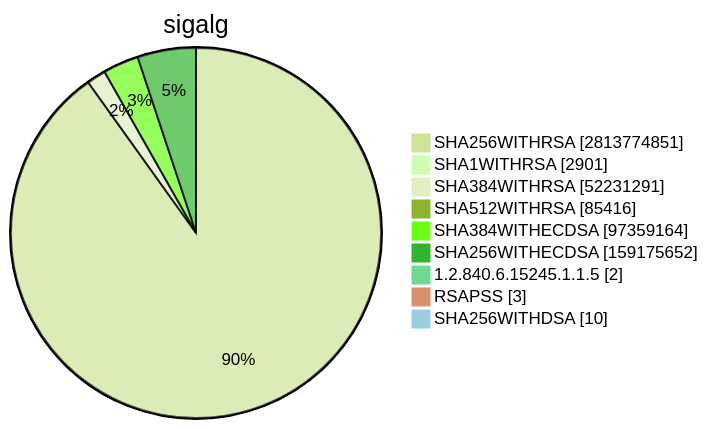
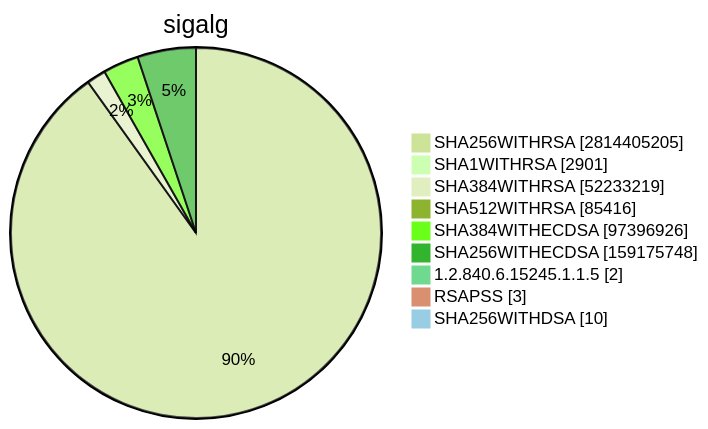
One commit to christiankrug/ctmonitor_visualization changed diagram 15 of 15 in TOTAL/README.md. Above: the diagram before and after it, drawn with Mermaid (forest theme). The commit also changed other lines of this file, not shown here.

````diff
--- a/TOTAL/README.md
+++ b/TOTAL/README.md
@@ -6205,13 +6205,13 @@
 ```mermaid
 pie showData
 title sigalg
-"SHA256WITHRSA" :2813774851
+"SHA256WITHRSA" :2814405205
 "SHA1WITHRSA" :2901
-"SHA384WITHRSA" :52231291
+"SHA384WITHRSA" :52233219
 "SHA512WITHRSA" :85416
-"SHA384WITHECDSA" :97359164
-"SHA256WITHECDSA" :159175652
+"SHA384WITHECDSA" :97396926
+"SHA256WITHECDSA" :159175748
 "1.2.840.6.15245.1.1.5" :2
 "RSAPSS" :3
 "SHA256WITHDSA" :10
 ```
````
